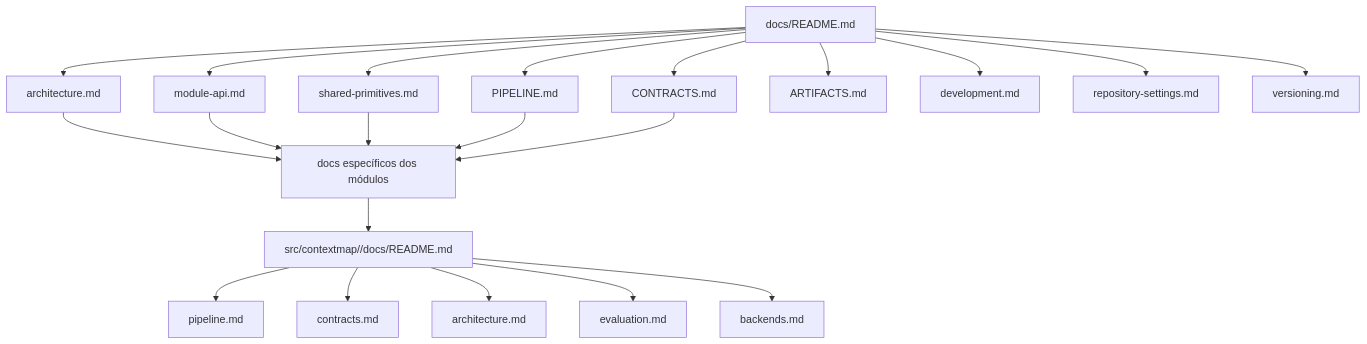
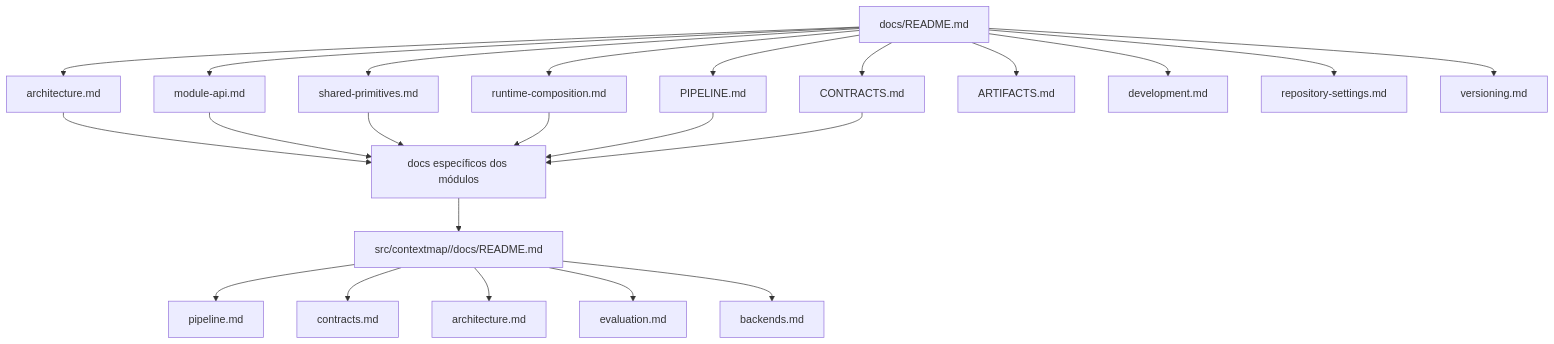
The second of 2 diagrams in docs/README.md (Alexandre-Tortoza/contextmap2), drawn with Mermaid before and after one commit. The commit also changed other lines of this file, not shown here.

First line of the commit message:
docs(index): link runtime composition boundary

````diff
--- a/docs/README.md
+++ b/docs/README.md
@@ -47,27 +48,29 @@
 ```mermaid
 flowchart TD
     R[docs/README.md]
 
     R --> P[PIPELINE.md]
     R --> A[architecture.md]
     R --> API[module-api.md]
     R --> SH[shared-primitives.md]
+    R --> RC[runtime-composition.md]
     R --> C[CONTRACTS.md]
     R --> AR[ARTIFACTS.md]
     R --> D[development.md]
     R --> RS[repository-settings.md]
     R --> V[versioning.md]
 
     A --> M[docs específicos dos módulos]
     API --> M
     SH --> M
+    RC --> M
     P --> M
     C --> M
 
     M --> MR[src/contextmap/<module>/docs/README.md]
     MR --> MP[pipeline.md]
     MR --> MC[contracts.md]
     MR --> MA[architecture.md]
     MR --> ME[evaluation.md]
     MR --> MB[backends.md]
 ```
````
